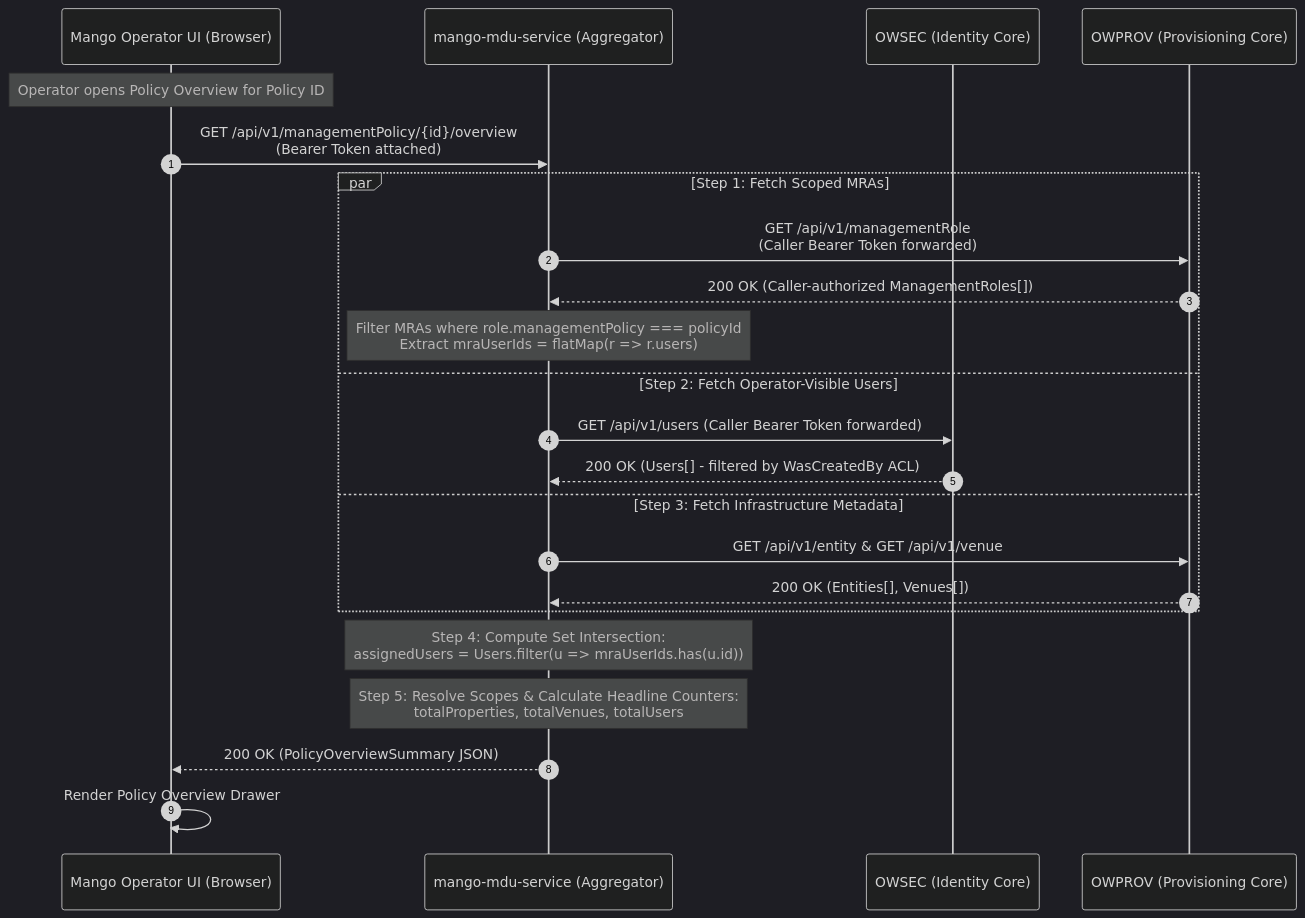
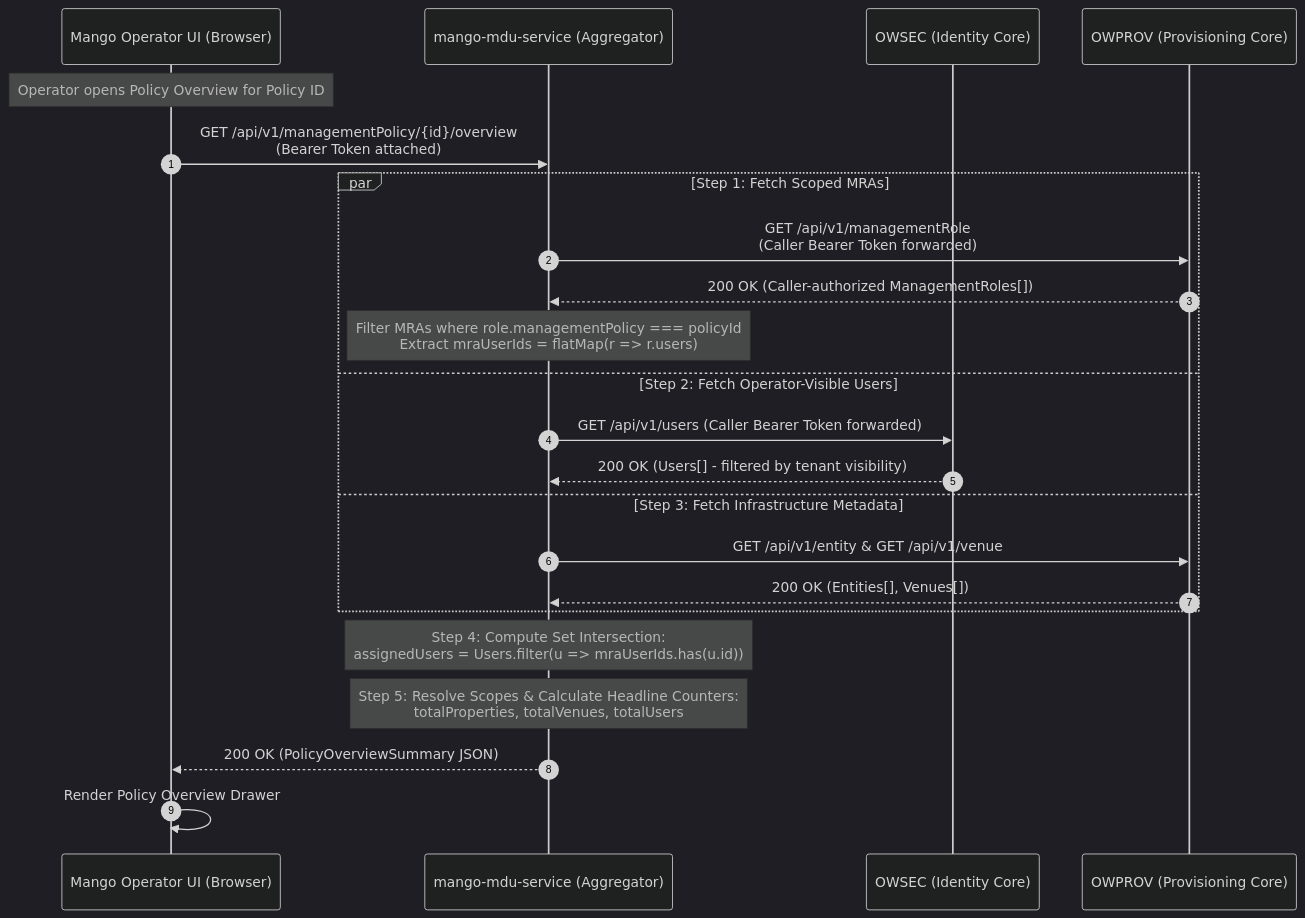
Before and after one commit to Anil-routerArch/mango-operator-ui: the diagram in docs/Users_and_Access_Technical_Specification.md, drawn with Mermaid (dark theme). The commit also changed other lines of this file, not shown here.

````diff
--- a/docs/Users_and_Access_Technical_Specification.md
+++ b/docs/Users_and_Access_Technical_Specification.md
@@ -467,28 +552,28 @@
 ```mermaid
 sequenceDiagram
     autonumber
     participant UI as Mango Operator UI (Browser)
     participant MDU as mango-mdu-service (Aggregator)
     participant SEC as OWSEC (Identity Core)
     participant PROV as OWPROV (Provisioning Core)
 
     Note over UI: Operator opens Policy Overview for Policy ID
     UI->>MDU: GET /api/v1/managementPolicy/{id}/overview<br/>(Bearer Token attached)
     
     par Step 1: Fetch Scoped MRAs
         MDU->>PROV: GET /api/v1/managementRole<br/>(Caller Bearer Token forwarded)
         PROV-->>MDU: 200 OK (Caller-authorized ManagementRoles[])
         Note over MDU: Filter MRAs where role.managementPolicy === policyId<br/>Extract mraUserIds = flatMap(r => r.users)
     and Step 2: Fetch Operator-Visible Users
         MDU->>SEC: GET /api/v1/users (Caller Bearer Token forwarded)
-        SEC-->>MDU: 200 OK (Users[] - filtered by WasCreatedBy ACL)
+        SEC-->>MDU: 200 OK (Users[] - filtered by tenant visibility)
     and Step 3: Fetch Infrastructure Metadata
         MDU->>PROV: GET /api/v1/entity & GET /api/v1/venue
         PROV-->>MDU: 200 OK (Entities[], Venues[])
     end
 
     Note over MDU: Step 4: Compute Set Intersection:<br/>assignedUsers = Users.filter(u => mraUserIds.has(u.id))
     Note over MDU: Step 5: Resolve Scopes & Calculate Headline Counters:<br/>totalProperties, totalVenues, totalUsers
     MDU-->>UI: 200 OK (PolicyOverviewSummary JSON)
     UI->>UI: Render Policy Overview Drawer
 ```
````
